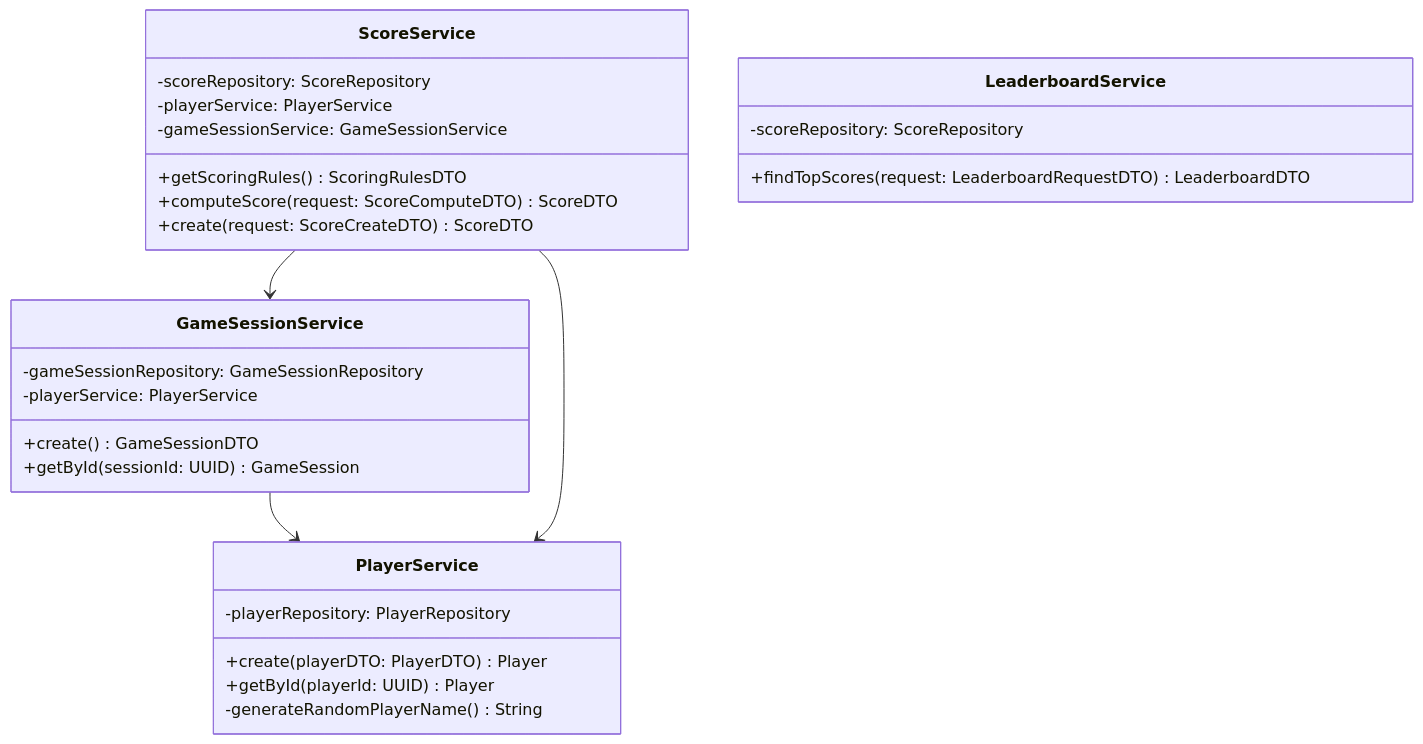
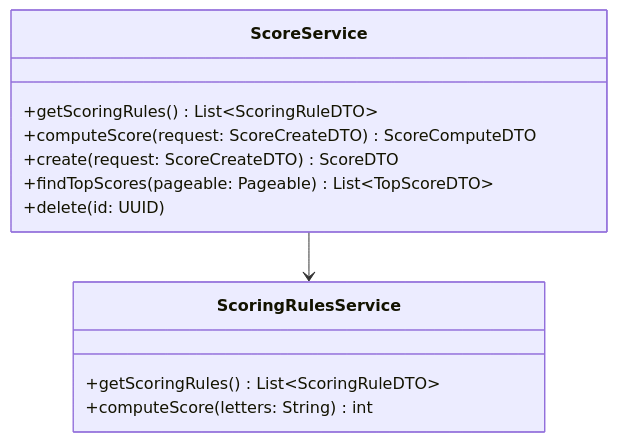
Before and after one commit to alang-dev/scrabble-points-calculator: the diagram in docs/architecture/c4-code-implementation.md, drawn with Mermaid. The commit also changed 5 other files, not shown here.

Commit message:
docs: update architecture and requirement documents

````diff
--- a/docs/architecture/c4-code-implementation.md
+++ b/docs/architecture/c4-code-implementation.md
@@ -7,35 +7,17 @@
 ```mermaid
 classDiagram
-    class GameSessionService {
-        -gameSessionRepository: GameSessionRepository
-        -playerService: PlayerService
-        +create() GameSessionDTO
-        +getById(sessionId: UUID) GameSession
-    }
-    
-    class PlayerService {
-        -playerRepository: PlayerRepository
-        +create(playerDTO: PlayerDTO) Player
-        +getById(playerId: UUID) Player
-        -generateRandomPlayerName() String
-    }
-    
     class ScoreService {
-        -scoreRepository: ScoreRepository
-        -playerService: PlayerService
-        -gameSessionService: GameSessionService
-        +getScoringRules() ScoringRulesDTO
-        +computeScore(request: ScoreComputeDTO) ScoreDTO
+        +getScoringRules() List~ScoringRuleDTO~
+        +computeScore(request: ScoreCreateDTO) ScoreComputeDTO
         +create(request: ScoreCreateDTO) ScoreDTO
-    }
-    
-    class LeaderboardService {
-        -scoreRepository: ScoreRepository
-        +findTopScores(request: LeaderboardRequestDTO) LeaderboardDTO
+        +findTopScores(pageable: Pageable) List~TopScoreDTO~
+        +delete(id: UUID)
     }
 
-    %% Service Dependencies
-    GameSessionService --> PlayerService
-    ScoreService --> PlayerService
-    ScoreService --> GameSessionService
+    class ScoringRulesService {
+        +getScoringRules() List~ScoringRuleDTO~
+        +computeScore(letters: String) int
+    }
+
+    ScoreService --> ScoringRulesService
 ```
````
